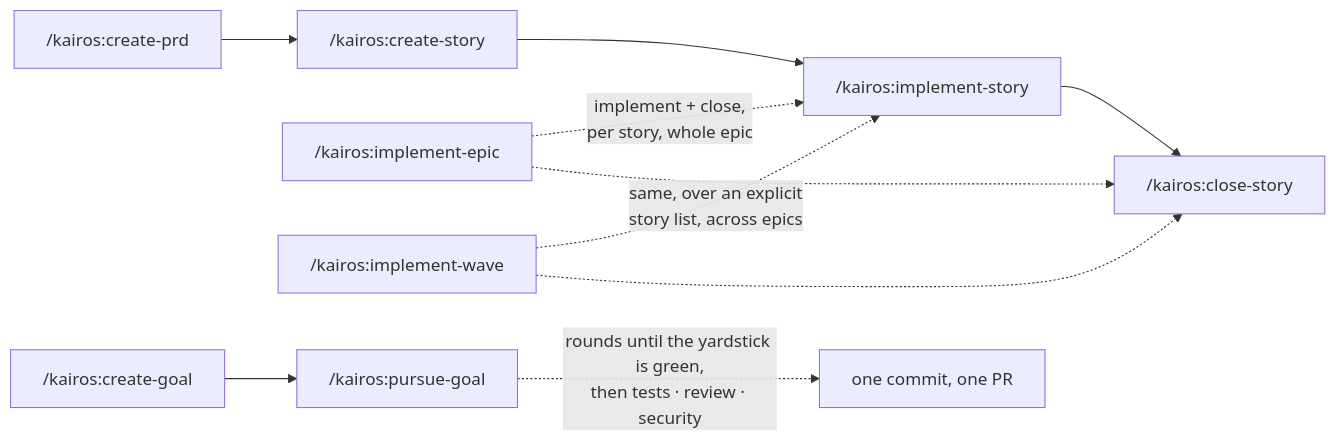
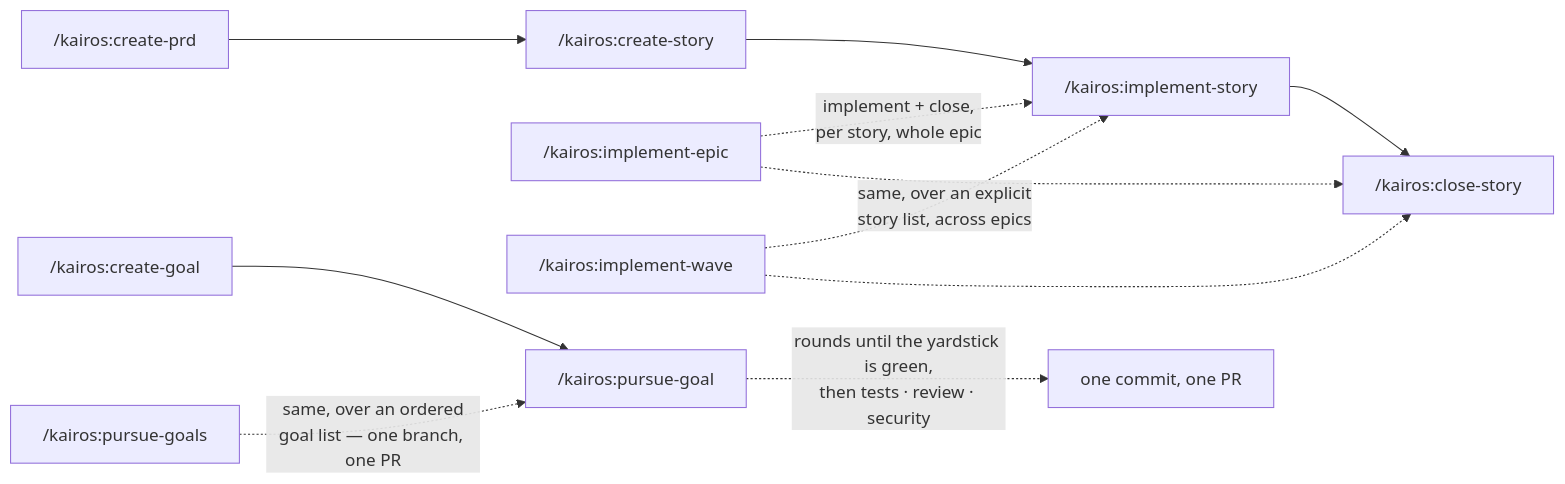
One commit to sylvain-artois/kairos-claude-code-workflow changed the diagram in README.md. Above: the diagram before and after it, drawn with Mermaid. The commit also changed other lines of this file and 4 other files, not shown here.

First line of the commit message:
feat(goal): /kairos:pursue-goals — chain several goals, one branch, one PR

````diff
--- a/README.md
+++ b/README.md
@@ -51,12 +51,13 @@
 ```mermaid
 flowchart LR
     A["/kairos:create-prd"] --> B["/kairos:create-story"]
     B --> C["/kairos:implement-story"]
     C --> D["/kairos:close-story"]
     E["/kairos:implement-epic"] -. "implement + close,<br/>per story, whole epic" .-> C
     E -.-> D
     F["/kairos:implement-wave"] -. "same, over an explicit<br/>story list, across epics" .-> C
     F -.-> D
     G["/kairos:create-goal"] --> H["/kairos:pursue-goal"]
     H -. "rounds until the yardstick is green,<br/>then tests · review · security" .-> I["one commit, one PR"]
+    J["/kairos:pursue-goals"] -. "same, over an ordered<br/>goal list — one branch, one PR" .-> H
 ```
````
